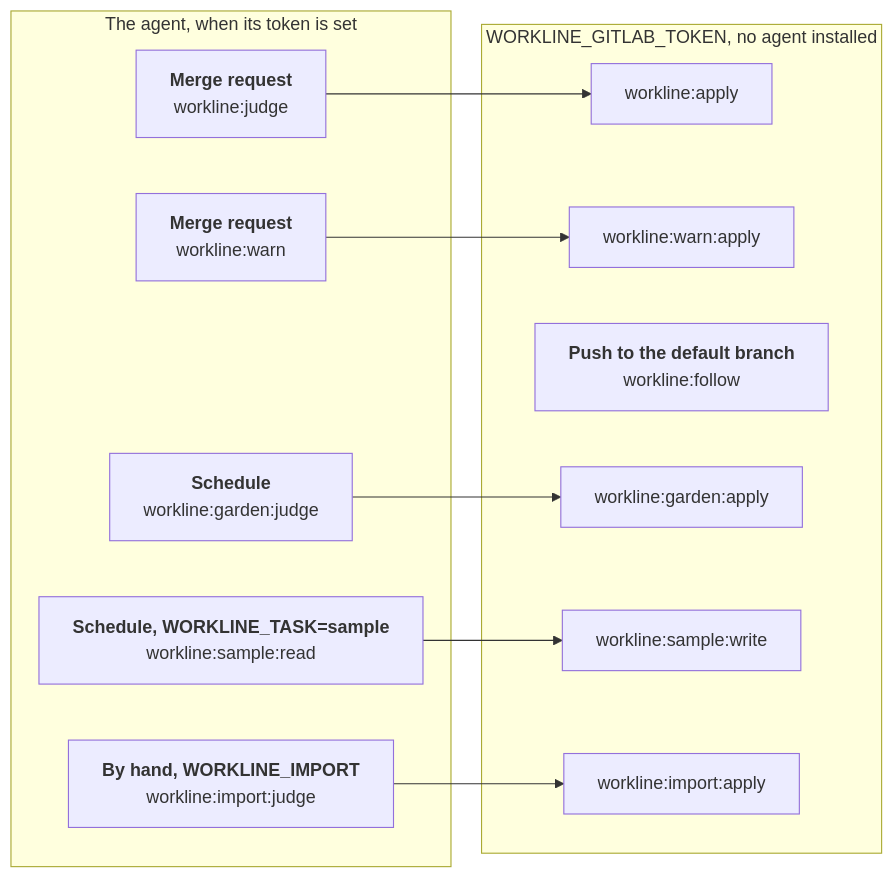
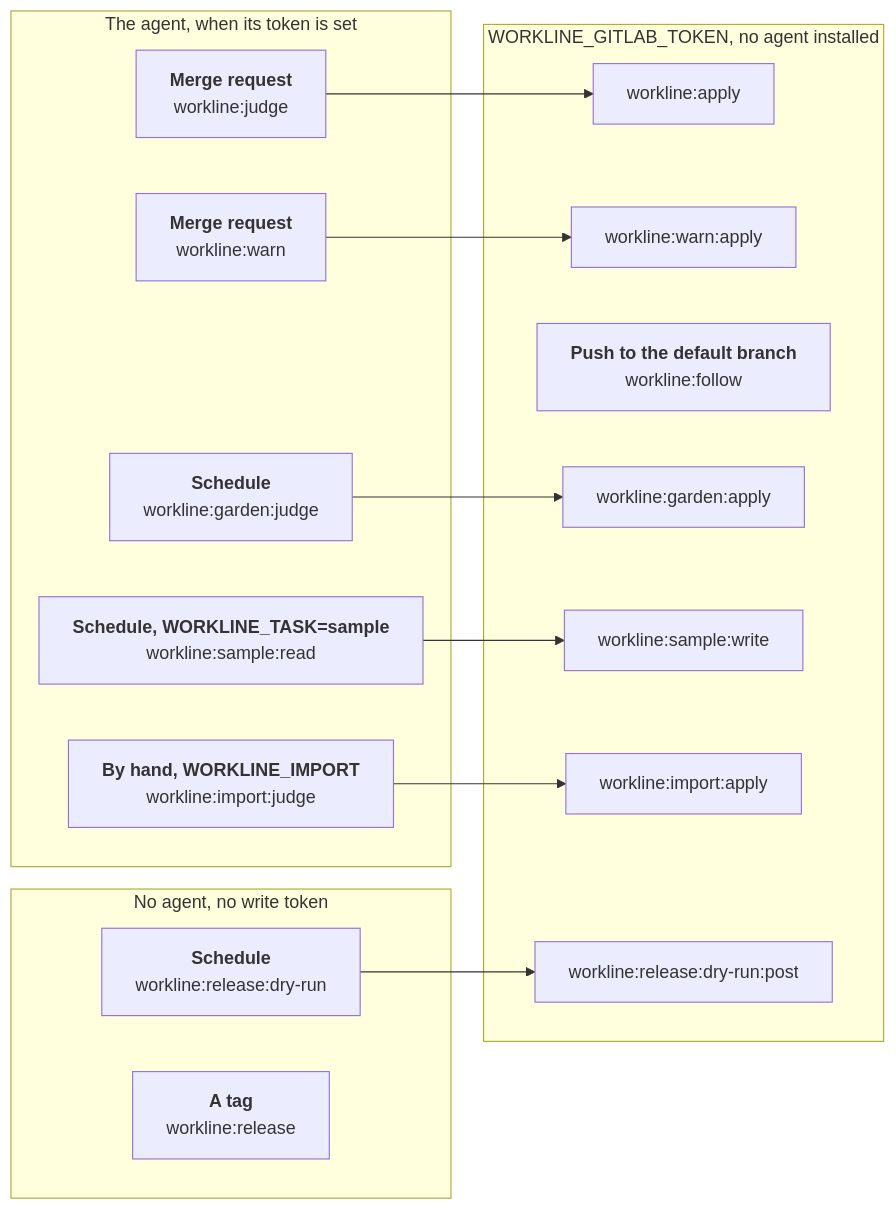
The diagram in docs/ci-gitlab.md (JN0V/workline), drawn with Mermaid before and after one commit. The commit also changed other lines of this file and 82 other files, not shown here.

Commit message:
feat(release): a dry run each night, a release job on GitLab (#554)

````diff
--- a/docs/ci-gitlab.md
+++ b/docs/ci-gitlab.md
@@ -11,24 +11,30 @@
 ```mermaid
 %%{init: {"flowchart": {"wrappingWidth": 400}}}%%
 flowchart LR
   subgraph reads["The agent, when its token is set"]
     judge["<b>Merge request</b><br/>workline:judge"]
     warn["<b>Merge request</b><br/>workline:warn"]
     garden["<b>Schedule</b><br/>workline:garden:judge"]
     sample["<b>Schedule, WORKLINE_TASK=sample</b><br/>workline:sample:read"]
     import["<b>By hand, WORKLINE_IMPORT</b><br/>workline:import:judge"]
   end
+  subgraph none["No agent, no write token"]
+    dry["<b>Schedule</b><br/>workline:release:dry-run"]
+    rel["<b>A tag</b><br/>workline:release"]
+  end
   subgraph writes["WORKLINE_GITLAB_TOKEN, no agent installed"]
     apply["workline:apply"]
     wapply["workline:warn:apply"]
     follow["<b>Push to the default branch</b><br/>workline:follow"]
     gapply["workline:garden:apply"]
     swrite["workline:sample:write"]
     iapply["workline:import:apply"]
+    dpost["workline:release:dry-run:post"]
   end
   judge --> apply
   warn --> wapply
   garden --> gapply
   sample --> swrite
   import --> iapply
+  dry --> dpost
 ```
````
